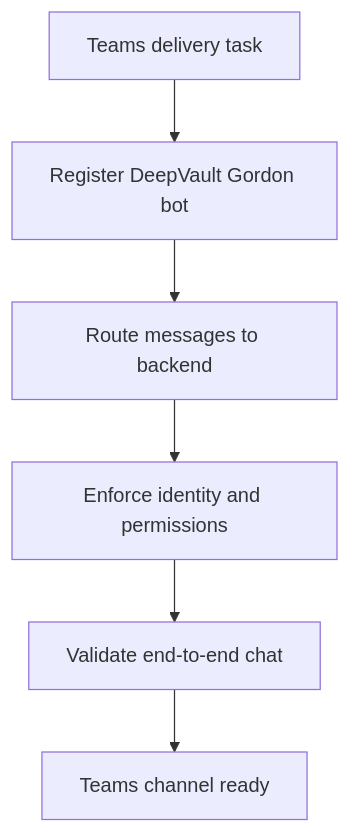
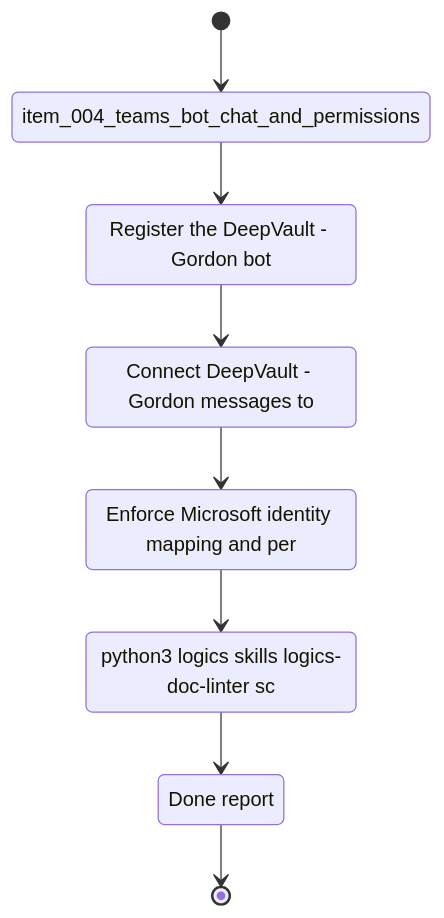
Before and after one commit to AlexAgo83/deepvault: the diagram in logics/tasks/task_004_teams_channel_and_permissions_delivery.md, drawn with Mermaid. The commit also changed other lines of this file and 28 other files, not shown here.

Commit message:
Align DeepVault docs and UI workflow guardrails

````diff
--- a/logics/tasks/task_004_teams_channel_and_permissions_delivery.md
+++ b/logics/tasks/task_004_teams_channel_and_permissions_delivery.md
@@ -17,9 +17,18 @@
 ```mermaid
+%% logics-kind: task
 %% logics-signature: task|deepvault-gordon-channel-and-permissions|item-004-teams-bot-chat-and-permissions|register-the-deepvault-gordon-bot|python3-logics-skills-logics-doc-linter-
-flowchart TD
-    Request[Teams delivery task] --> Step1[Register DeepVault Gordon bot]
-    Step1 --> Step2[Route messages to backend]
-    Step2 --> Step3[Enforce identity and permissions]
-    Step3 --> Validate[Validate end-to-end chat]
-    Validate --> Done[Teams channel ready]
+stateDiagram-v2
+    state "item_004_teams_bot_chat_and_permissions" as Backlog
+    state "Register the DeepVault - Gordon bot" as Scope
+    state "Connect DeepVault - Gordon messages to" as Build
+    state "Enforce Microsoft identity mapping and per" as Verify
+    state "python3 logics skills logics-doc-linter sc" as Validation
+    state "Done report" as Report
+    [*] --> Backlog
+    Backlog --> Scope
+    Scope --> Build
+    Build --> Verify
+    Verify --> Validation
+    Validation --> Report
+    Report --> [*]
 ```
````
